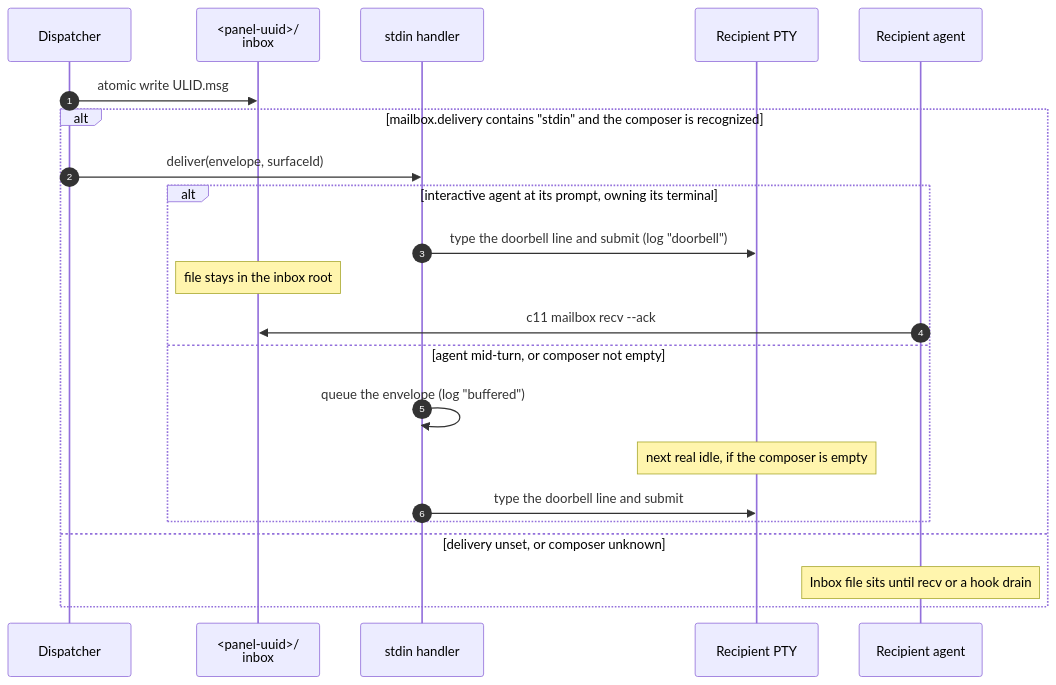
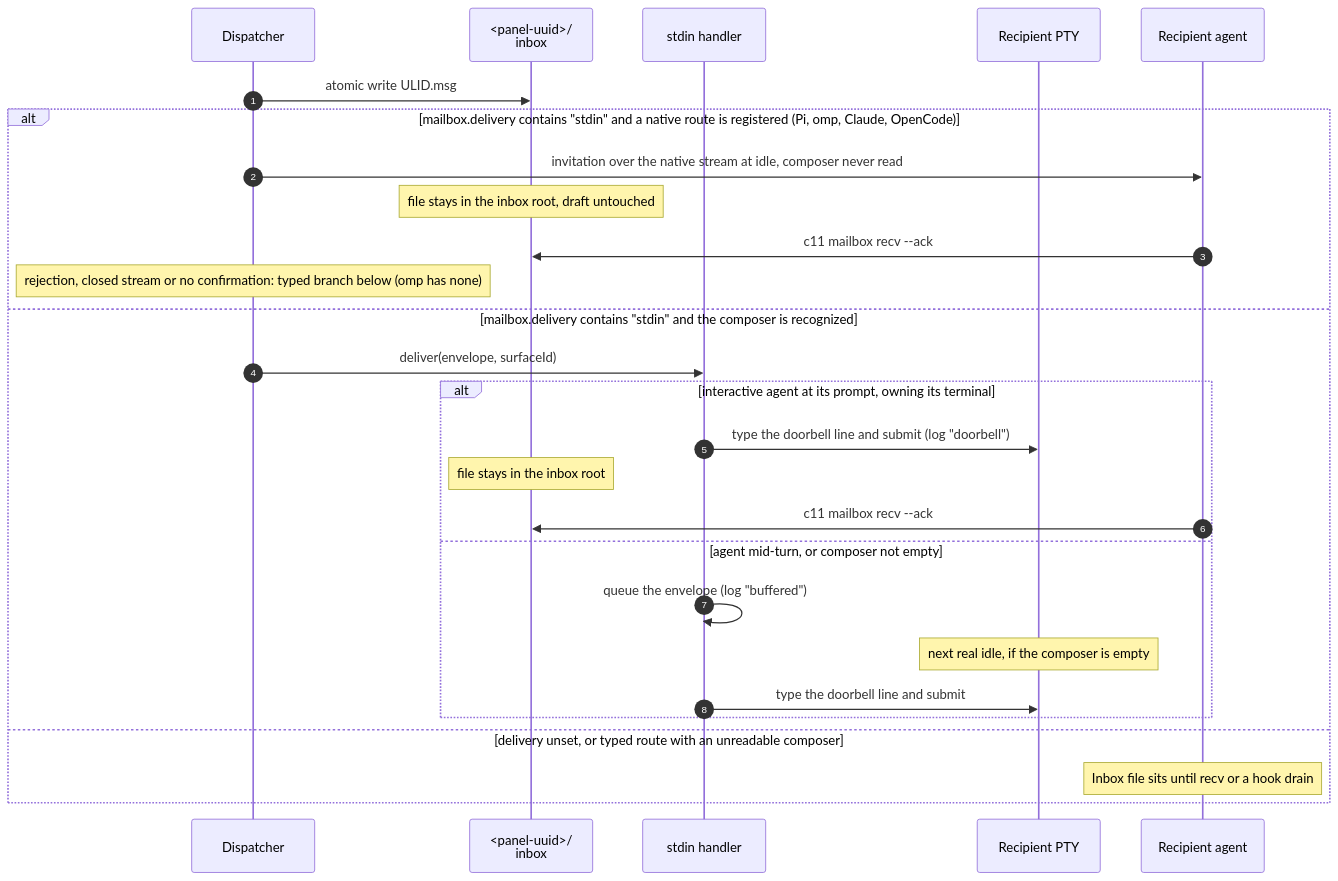
One commit to Stage-11-Agentics/c11 changed the third of 6 diagrams in docs/c11-mailbox-guide.md. Above: the diagram before and after it, drawn with Mermaid. The commit also changed other lines of this file and 2 other files, not shown here.

First line of the commit message:
C11-479: make the mailbox skill and guide agree on native routes and drains (#734)

````diff
--- a/docs/c11-mailbox-guide.md
+++ b/docs/c11-mailbox-guide.md
@@ -253,25 +254,30 @@
 ```mermaid
 sequenceDiagram
     autonumber
     participant D as Dispatcher
     participant Inbox as <panel-uuid>/<br/>inbox
     participant SH as stdin handler
     participant PTY as Recipient PTY
     participant Agent as Recipient agent
 
     D->>Inbox: atomic write ULID.msg
-    alt mailbox.delivery contains "stdin" and the composer is recognized
+    alt mailbox.delivery contains "stdin" and a native route is registered (Pi, omp, Claude, OpenCode)
+        D->>Agent: invitation over the native stream at idle, composer never read
+        Note over Inbox: file stays in the inbox root, draft untouched
+        Agent->>Inbox: c11 mailbox recv --ack
+        Note over D: rejection, closed stream or no confirmation: typed branch below (omp has none)
+    else mailbox.delivery contains "stdin" and the composer is recognized
         D->>SH: deliver(envelope, surfaceId)
         alt interactive agent at its prompt, owning its terminal
             SH->>PTY: type the doorbell line and submit (log "doorbell")
             Note over Inbox: file stays in the inbox root
             Agent->>Inbox: c11 mailbox recv --ack
         else agent mid-turn, or composer not empty
             SH->>SH: queue the envelope (log "buffered")
             Note over PTY: next real idle, if the composer is empty
             SH->>PTY: type the doorbell line and submit
         end
-    else delivery unset, or composer unknown
+    else delivery unset, or typed route with an unreadable composer
         Note over Agent: Inbox file sits until recv or a hook drain
     end
 ```
````
